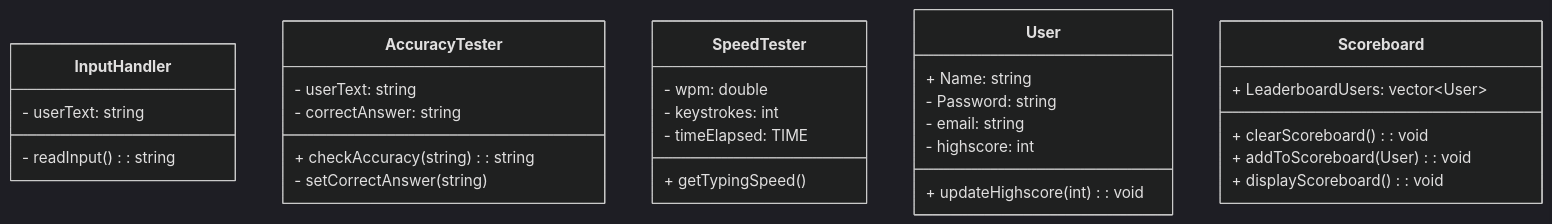
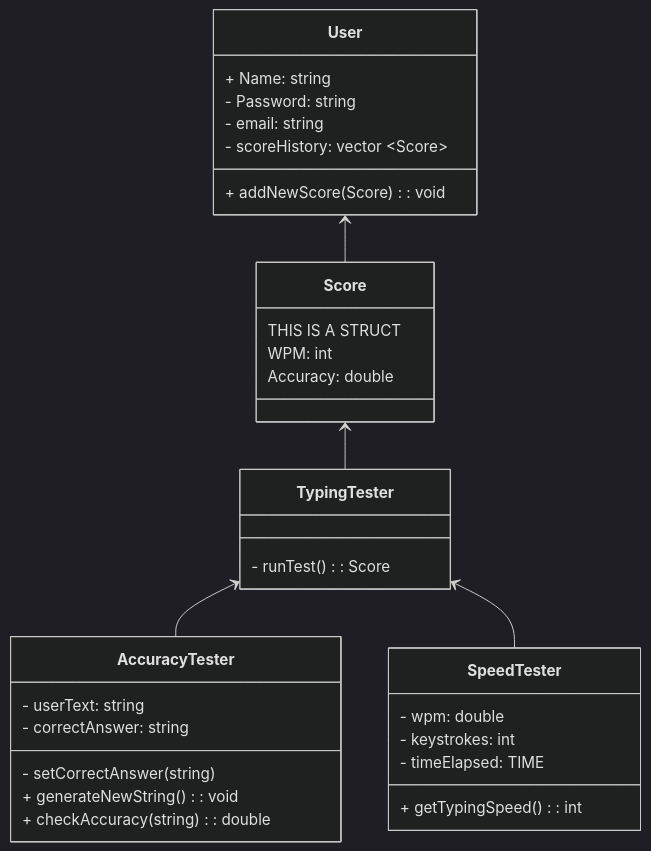
Before and after one commit to PersnicketyChkn/tippitytappity-design: the diagram in README.md, drawn with Mermaid (dark theme).

Commit message:
Added New Functionality

````diff
--- a/README.md
+++ b/README.md
@@ -7,32 +7,35 @@
 ```mermaid
 classDiagram
-  class InputHandler{
-        - userText: string
-        - readInput(): string
+  class TypingTester{
+        - runTest(): Score
   }
   class AccuracyTester{
         - userText: string
         - correctAnswer: string
-        + checkAccuracy(string): string
         - setCorrectAnswer(string)
+        + generateNewString(): void
+        + checkAccuracy(string): double
   }
   class SpeedTester{
         - wpm: double
         - keystrokes: int
         - timeElapsed: TIME
-        + getTypingSpeed()
+        + getTypingSpeed(): int
+  }
+  class Score{
+        THIS IS A STRUCT
+        WPM: int
+        Accuracy: double
   }
   class User{
         + Name: string
         - Password: string
         - email: string
-        - highscore: int
-        + updateHighscore(int): void
+        - scoreHistory: vector ~Score~
+        + addNewScore(Score): void
   }
-  class Scoreboard{
-        + LeaderboardUsers: vector~User~
-        + clearScoreboard(): void
-        + addToScoreboard(User): void
-        + displayScoreboard(): void
-  }
+TypingTester <-- AccuracyTester
+TypingTester <-- SpeedTester
+User <-- Score
+Score <-- TypingTester
 ```
````
